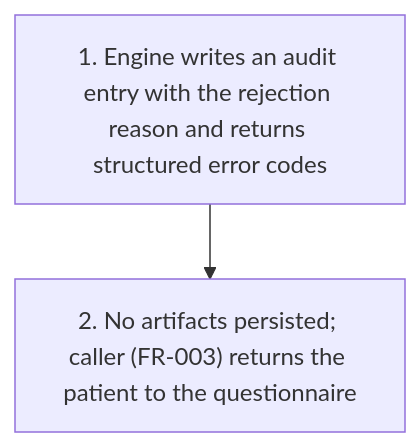
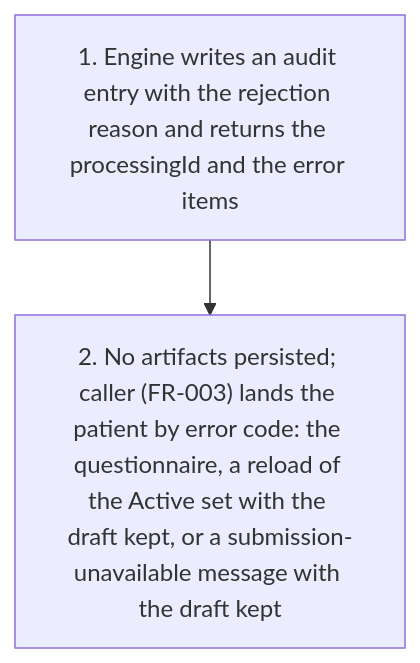
The fourth of 8 diagrams in project-requirements/functional-requirements/fr002-medical-history/prd.md (joachimtrungtuan/hairline-pm-docs), drawn with Mermaid before and after one commit. The commit also changed other lines of this file and 6 other files, not shown here.

Commit message:
docs(fr002): apply logic review pass 2 fixes to PRD and graph

````diff
--- a/project-requirements/functional-requirements/fr002-medical-history/prd.md
+++ b/project-requirements/functional-requirements/fr002-medical-history/prd.md
@@ -129,4 +129,4 @@
 ```mermaid
 flowchart TD
-  A3S1["1. Engine writes an audit entry with the rejection reason and returns structured error codes"] --> A3S2["2. No artifacts persisted; caller (FR-003) returns the patient to the questionnaire"]
+  A3S1["1. Engine writes an audit entry with the rejection reason and returns the processingId and the error items"] --> A3S2["2. No artifacts persisted; caller (FR-003) lands the patient by error code: the questionnaire, a reload of the Active set with the draft kept, or a submission-unavailable message with the draft kept"]
 ```
````
